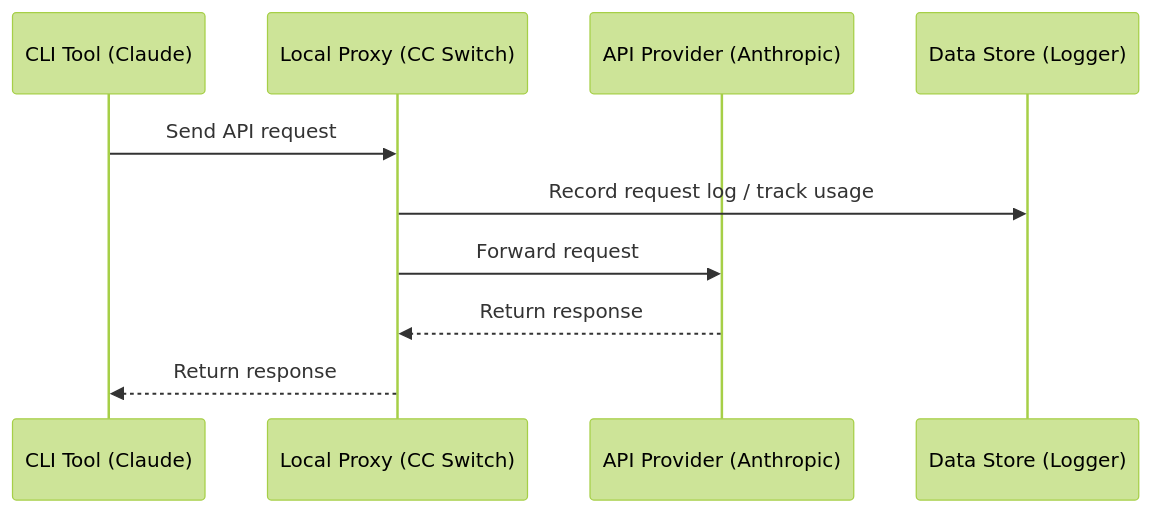
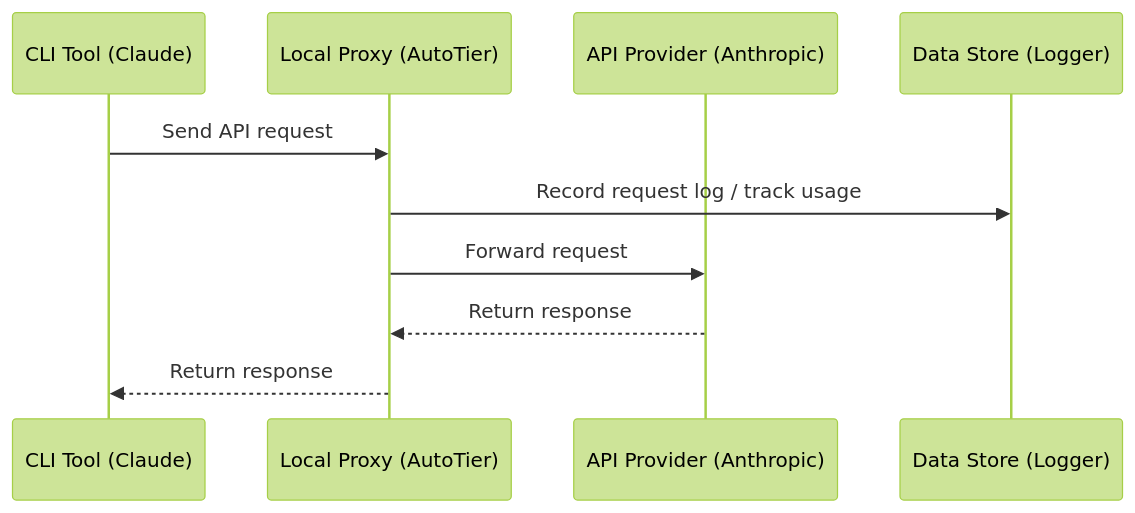
The diagram in docs/user-manual/en/4-proxy/4.1-service.md (Ezero23/autotier), drawn with Mermaid (forest theme) before and after one commit. The commit also changed other lines of this file and 80 other files, not shown here.

Commit message:
docs: align AutoTier manuals and release guidance

````diff
--- a/docs/user-manual/en/4-proxy/4.1-service.md
+++ b/docs/user-manual/en/4-proxy/4.1-service.md
@@ -116,13 +116,13 @@
 ```mermaid
 sequenceDiagram
     participant CLI as CLI Tool (Claude)
-    participant Proxy as Local Proxy (CC Switch)
+    participant Proxy as Local Proxy (AutoTier)
     participant API as API Provider (Anthropic)
     participant DB as Data Store (Logger)
 
     CLI->>Proxy: Send API request
     Proxy->>DB: Record request log / track usage
     Proxy->>API: Forward request
     API-->>Proxy: Return response
     Proxy-->>CLI: Return response
 ```
````
